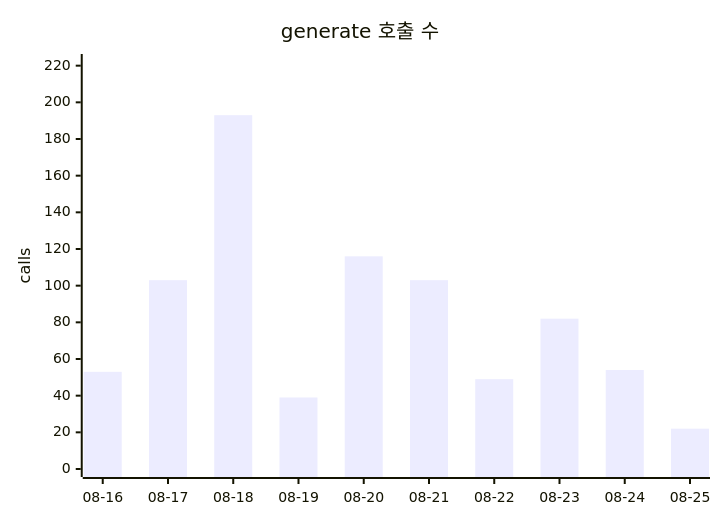
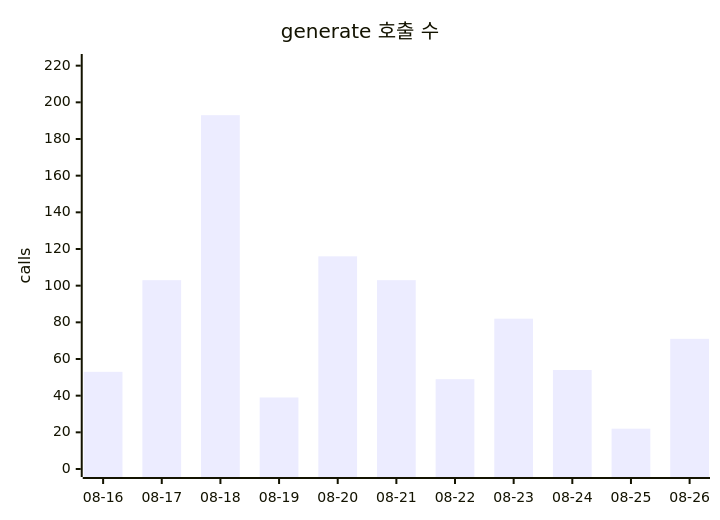
Before and after one commit to userri/PinQ-backend: the first of 2 diagrams in docs/data/token-usage.md, drawn with Mermaid. The commit also changed other lines of this file and 4 other files, not shown here.

````diff
--- a/docs/data/token-usage.md
+++ b/docs/data/token-usage.md
@@ -62,7 +65,7 @@
 ```mermaid
 xychart-beta
     title "generate 호출 수"
-    x-axis ["08-16", "08-17", "08-18", "08-19", "08-20", "08-21", "08-22", "08-23", "08-24", "08-25"]
+    x-axis ["08-16", "08-17", "08-18", "08-19", "08-20", "08-21", "08-22", "08-23", "08-24", "08-25", "08-26"]
     y-axis "calls" 0 --> 222
-    bar [53, 103, 193, 39, 116, 103, 49, 82, 54, 22]
+    bar [53, 103, 193, 39, 116, 103, 49, 82, 54, 22, 71]
 ```
````
